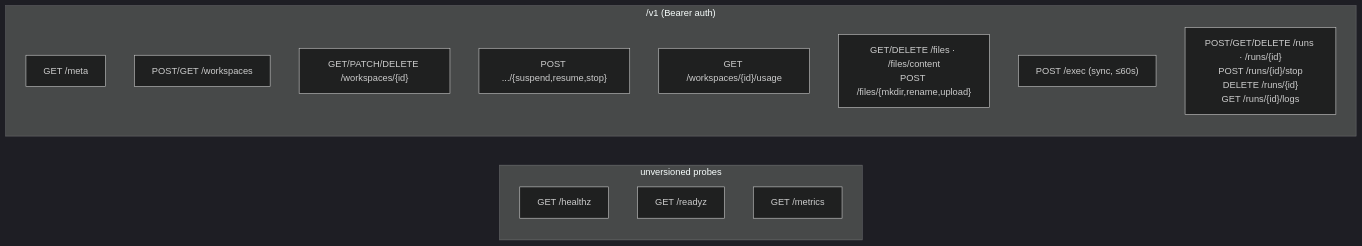
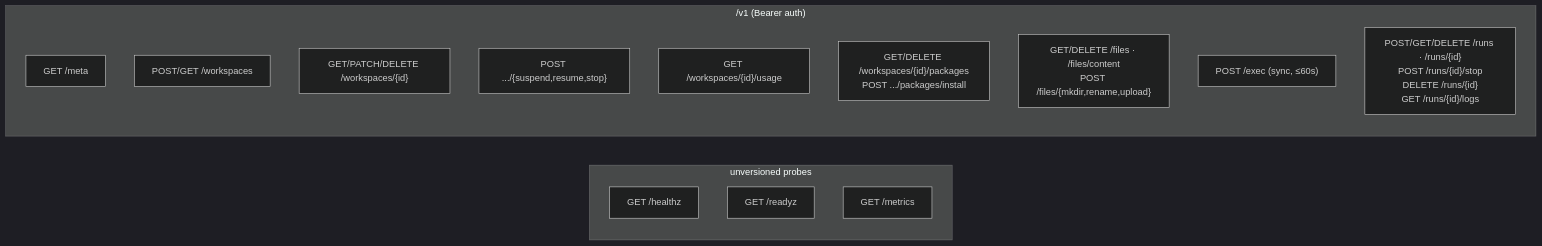
One commit to M3-mo2/cloud-service changed diagram 12 of 14 in docs/ARCHITECTURE.md. Above: the diagram before and after it, drawn with Mermaid (dark theme). The commit also changed other lines of this file and 20 other files, not shown here.

````diff
--- a/docs/ARCHITECTURE.md
+++ b/docs/ARCHITECTURE.md
@@ -485,18 +487,19 @@
 ```mermaid
 flowchart LR
     subgraph unversioned["unversioned probes"]
         H["GET /healthz"]
         R["GET /readyz"]
         M["GET /metrics"]
     end
     subgraph v1["/v1 (Bearer auth)"]
         META["GET /meta"]
         WC["POST/GET /workspaces"]
         W["GET/PATCH/DELETE /workspaces/{id}"]
         LIFECYCLE["POST .../{suspend,resume,stop}"]
         USAGE["GET /workspaces/{id}/usage"]
+        PKG["GET/DELETE /workspaces/{id}/packages\nPOST .../packages/install"]
         F["GET/DELETE /files · /files/content\nPOST /files/{mkdir,rename,upload}"]
         EX["POST /exec (sync, ≤60s)"]
         RN["POST/GET/DELETE /runs · /runs/{id}\nPOST /runs/{id}/stop\nDELETE /runs/{id}\nGET /runs/{id}/logs"]
     end
 ```
````
